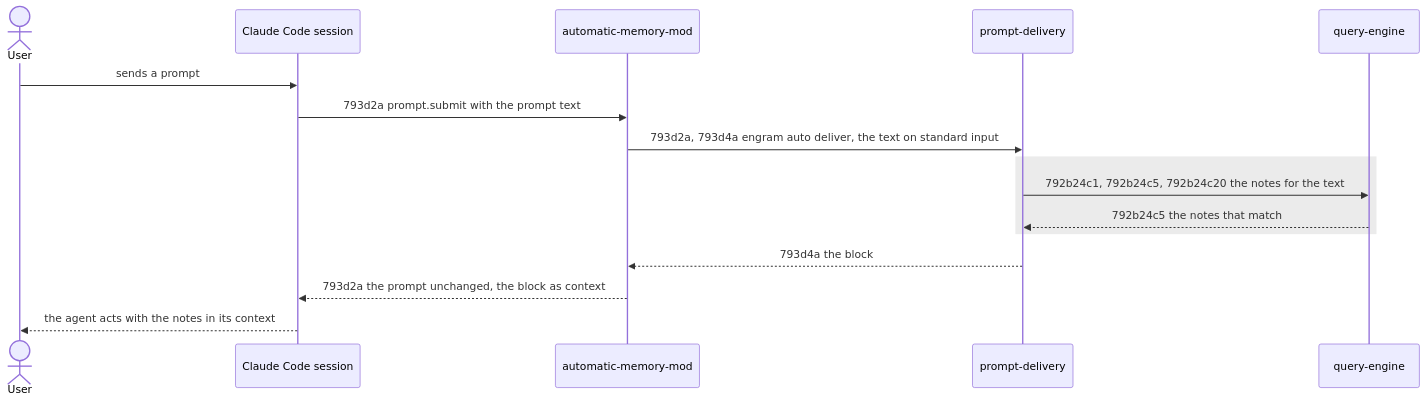
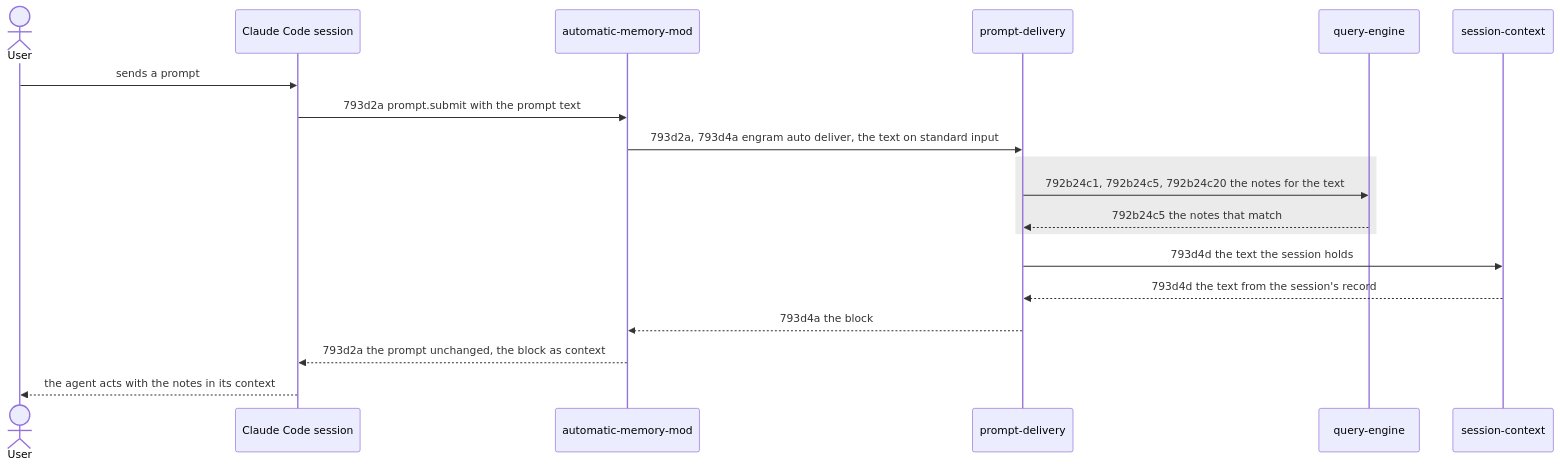
One commit to toejough/engram changed the diagram in docs/changes/793_automatic-memory/793d_technical-spec.md. Above: the diagram before and after it, drawn with Mermaid. The commit also changed other lines of this file and 2 other files, not shown here.

First line of the commit message:
docs(793b,d,e): node 793e6a3 - a note delivered earlier in the session is not delivered again

````diff
--- a/docs/changes/793_automatic-memory/793d_technical-spec.md
+++ b/docs/changes/793_automatic-memory/793d_technical-spec.md
@@ -48,19 +48,22 @@
 ```mermaid
 sequenceDiagram
     actor User
     participant Session as Claude Code session
     participant Mod as automatic-memory-mod
     participant Delivery as prompt-delivery
     participant Engine as query-engine
+    participant Context as session-context
 
     User->>Session: sends a prompt
     Session->>Mod: 793d2a prompt.submit with the prompt text
     Mod->>Delivery: 793d2a, 793d4a engram auto deliver, the text on standard input
     rect rgb(235, 235, 235)
         Delivery->>Engine: 792b24c1, 792b24c5, 792b24c20 the notes for the text
         Engine-->>Delivery: 792b24c5 the notes that match
     end
+    Delivery->>Context: 793d4d the text the session holds
+    Context-->>Delivery: 793d4d the text from the session's record
     Delivery-->>Mod: 793d4a the block
     Mod-->>Session: 793d2a the prompt unchanged, the block as context
     Session-->>User: the agent acts with the notes in its context
 ```
````
